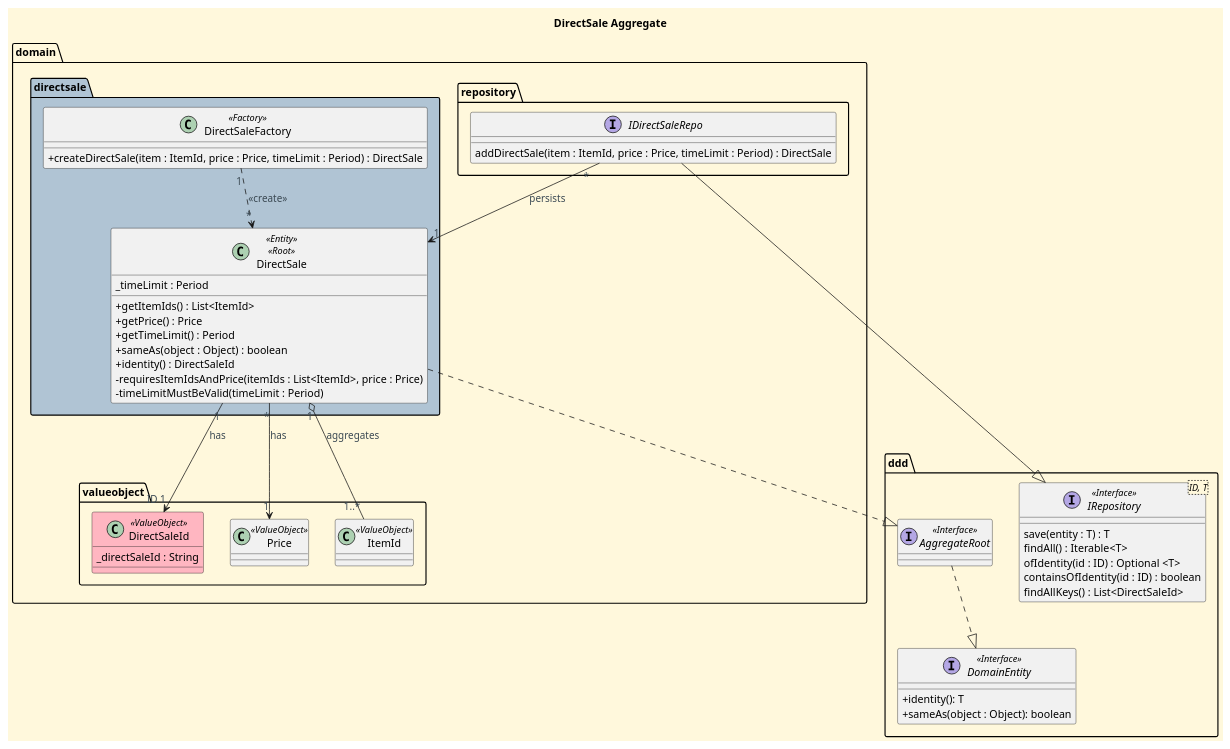
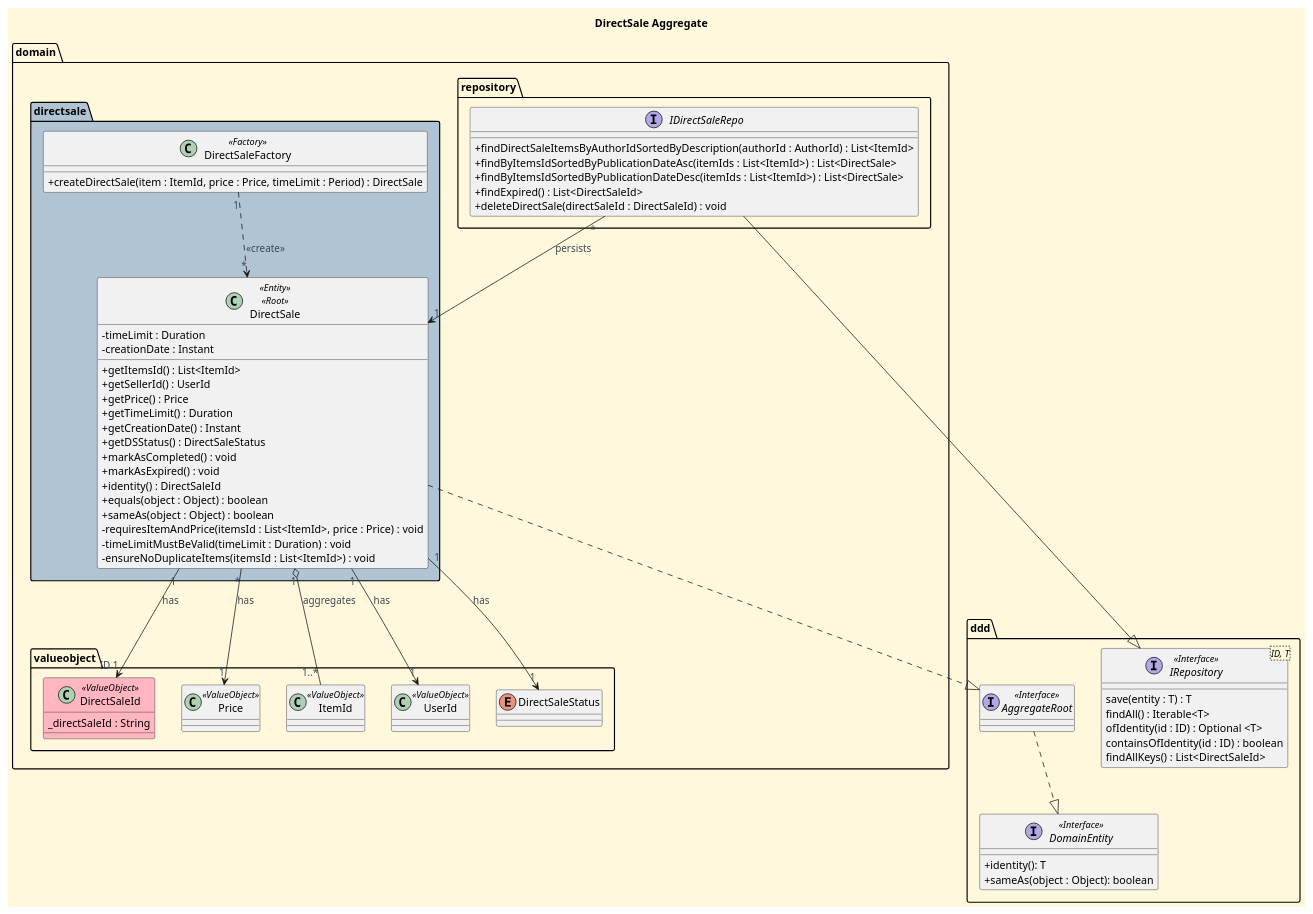
One commit to CarolinaLeite-collab/JavaMarketplacePlatform changed the diagram in docs/aggregates-diagrams/DirectSale_Aggregate.puml. Above: the diagram before and after it, drawn with PlantUML.

Commit message:
docs: updated DirectSale aggregate diagram, closes #1047

```diff
--- a/docs/aggregates-diagrams/DirectSale_Aggregate.puml
+++ b/docs/aggregates-diagrams/DirectSale_Aggregate.puml
@@ -1,94 +1,111 @@
 @startuml
 
 '==== Title ====
 title DirectSale Aggregate
 top to bottom direction
 
 '==== basic style ====
 skinparam monochrome false
 skinparam shadowing false
 skinparam defaultFontName Futura
 skinparam objectFontSize 20
 skinparam backgroundColor CornSilk
 skinparam objectBackgroundColor WhiteSmoke
 skinparam noteBackgroundColor #FFFFE0
 skinparam ArrowFontColor #3B4953
 skinparam ActivationBackgroundColor black
 skinparam classAttributeIconSize 0
 
 
 ' ===== Domain =====
 Package "domain" {
 
     Package "directsale" #b0c4d4 {
         class DirectSale <<Entity>> <<Root>> {
-            _timeLimit : Period
-            +getItemIds() : List<ItemId>
+            -timeLimit : Duration
+            -creationDate : Instant
+
+            +getItemsId() : List<ItemId>
+            +getSellerId() : UserId
             +getPrice() : Price
-            +getTimeLimit() : Period
+            +getTimeLimit() : Duration
+            +getCreationDate() : Instant
+            +getDSStatus() : DirectSaleStatus
+            +markAsCompleted() : void
+            +markAsExpired() : void
+            +identity() : DirectSaleId
+            +equals(object : Object) : boolean
             +sameAs(object : Object) : boolean
-            +identity() : DirectSaleId
-            -requiresItemIdsAndPrice(itemIds : List<ItemId>, price : Price)
-            -timeLimitMustBeValid(timeLimit : Period)
-            }
+            -requiresItemAndPrice(itemsId : List<ItemId>, price : Price) : void
+            -timeLimitMustBeValid(timeLimit : Duration) : void
+            -ensureNoDuplicateItems(itemsId : List<ItemId>) : void
+        }
 
             class DirectSaleFactory <<Factory>> {
             + createDirectSale(item : ItemId, price : Price, timeLimit : Period) : DirectSale
             }
 }
     Package "repository" {
-        interface IDirectSaleRepo{
-        addDirectSale(item : ItemId, price : Price, timeLimit : Period) : DirectSale
+        interface IDirectSaleRepo {
+            +findDirectSaleItemsByAuthorIdSortedByDescription(authorId : AuthorId) : List<ItemId>
+            +findByItemsIdSortedByPublicationDateAsc(itemIds : List<ItemId>) : List<DirectSale>
+            +findByItemsIdSortedByPublicationDateDesc(itemIds : List<ItemId>) : List<DirectSale>
+            +findExpired() : List<DirectSaleId>
+            +deleteDirectSale(directSaleId : DirectSaleId) : void
         }
     }
 
     Package "valueobject" {
     '== Value Objects (Ids) ==
         class DirectSaleId <<ValueObject>> #LightPink{
         _directSaleId : String
         }
     ' ===== Value Objects =====
         class Price <<ValueObject>>
         class ItemId <<ValueObject>>
+        class UserId <<ValueObject>>
+        enum DirectSaleStatus
     }
 }
 
 
 
 Package "ddd" {
 
     interface IRepository<ID, T> <<Interface>> {
     save(entity : T) : T
     findAll() : Iterable<T>
     ofIdentity(id : ID) : Optional <T>
     containsOfIdentity(id : ID) : boolean
     findAllKeys() : List<DirectSaleId>
     }
 
     interface AggregateRoot <<Interface>> {
     }
 
     interface DomainEntity <<Interface>>{
     +identity(): T
     +sameAs(object : Object): boolean
     }
 }
 
 
 DirectSale "1" --> "ID 1" DirectSaleId : has
 
 
 DirectSale "*" --> "1" Price : has
 DirectSale "1" o--  "1..*" ItemId : aggregates
+DirectSale "1" --> "1" UserId : has
+DirectSale "1" --> "1" DirectSaleStatus : has
 
 ' ===== Factory =====
 DirectSaleFactory "1" ..> "*" DirectSale : <<create>>
 
 IDirectSaleRepo "*" --> "1" DirectSale : persists
 
 ' ===== Repository =====
 AggregateRoot ..|> DomainEntity
 IDirectSaleRepo --|> IRepository
 DirectSale ..|> AggregateRoot
 
 @enduml
```
